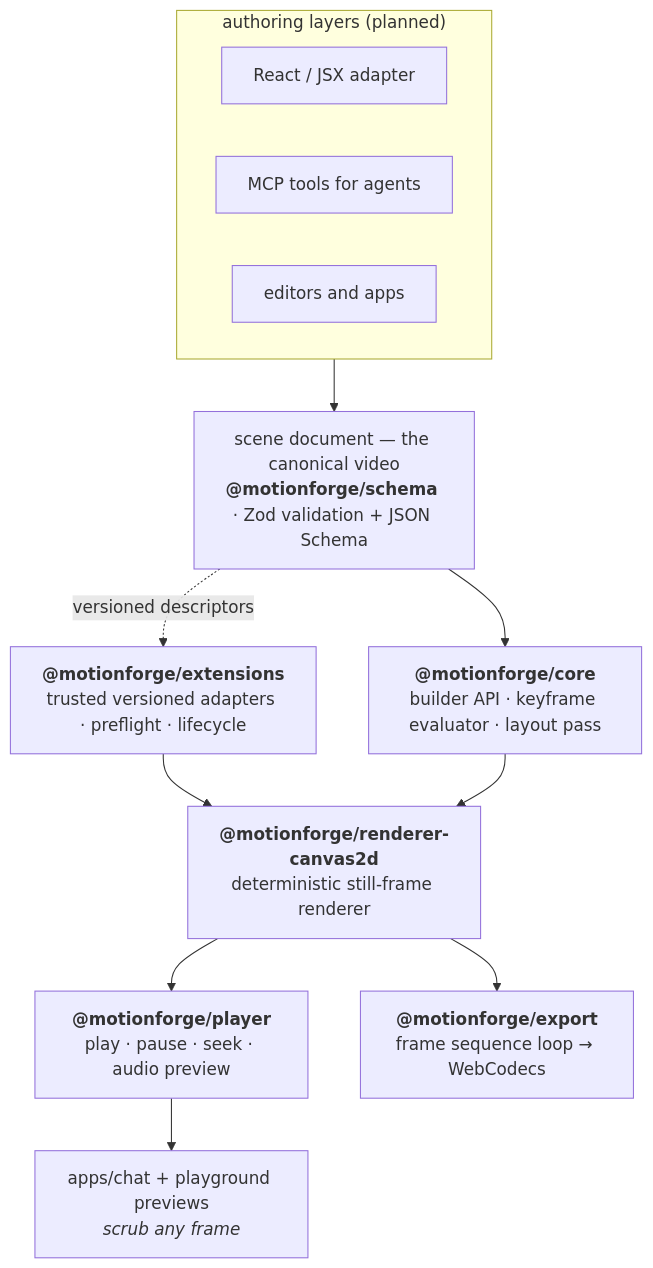
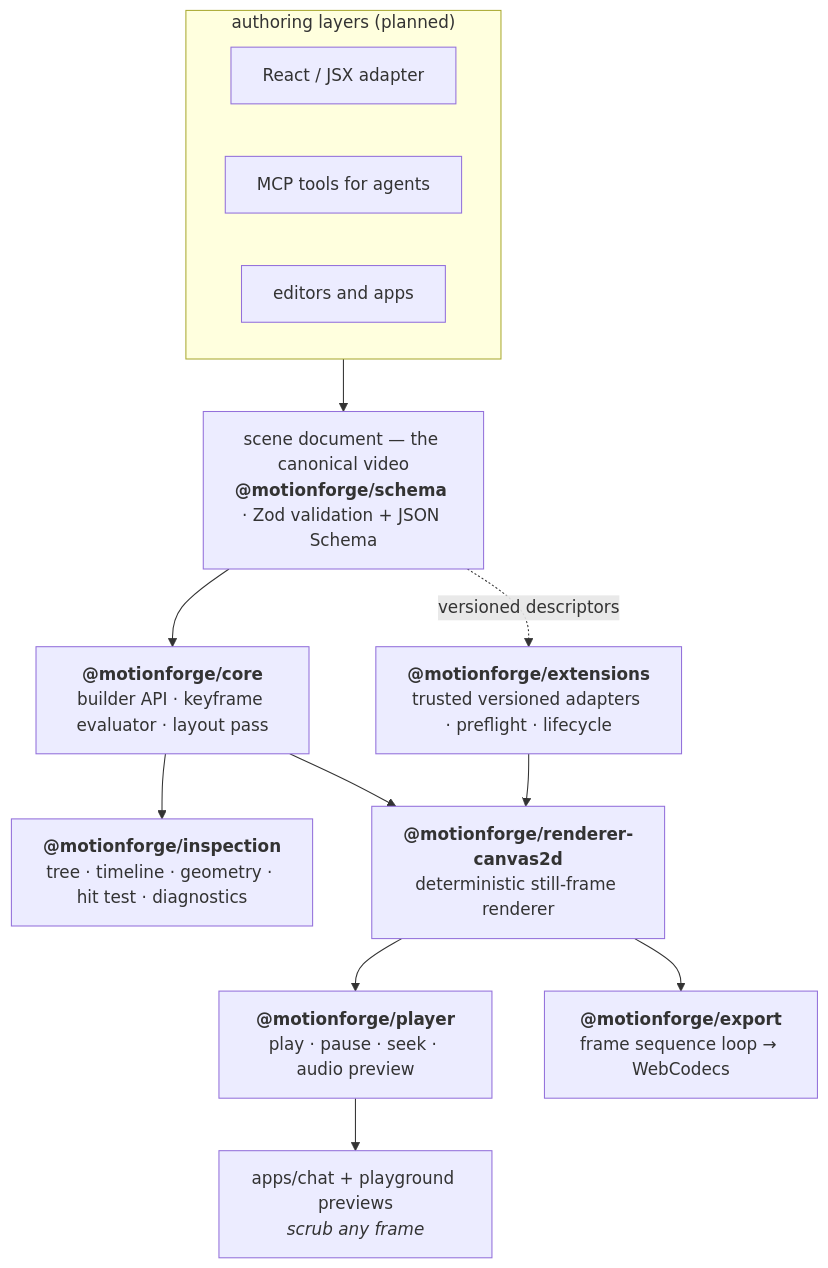
One commit to PansaLegrand/dojo-video-engine changed the second of 2 diagrams in README.md. Above: the diagram before and after it, drawn with Mermaid. The commit also changed other lines of this file and 34 other files, not shown here.

````diff
--- a/README.md
+++ b/README.md
@@ -54,19 +54,20 @@
 ```mermaid
 flowchart TB
     subgraph adapters ["authoring layers (planned)"]
         direction LR
         JSX["React / JSX adapter"]
         MCP["MCP tools for agents"]
         ED["editors and apps"]
     end
 
     adapters --> SCENE["scene document — the canonical video<br/><b>@motionforge/schema</b> · Zod validation + JSON Schema"]
 
     SCENE --> CORE["<b>@motionforge/core</b><br/>builder API · keyframe evaluator · layout pass"]
+    CORE --> INSPECT["<b>@motionforge/inspection</b><br/>tree · timeline · geometry · hit test · diagnostics"]
     SCENE -. "versioned descriptors" .-> EXT["<b>@motionforge/extensions</b><br/>trusted versioned adapters · preflight · lifecycle"]
     EXT --> R2D
     CORE --> R2D["<b>@motionforge/renderer-canvas2d</b><br/>deterministic still-frame renderer"]
     R2D --> PLAYER["<b>@motionforge/player</b><br/>play · pause · seek · audio preview"]
     PLAYER --> PREVIEW["apps/chat + playground previews<br/><i>scrub any frame</i>"]
     R2D --> EXPORT["<b>@motionforge/export</b><br/>frame sequence loop → WebCodecs"]
 ```
````
